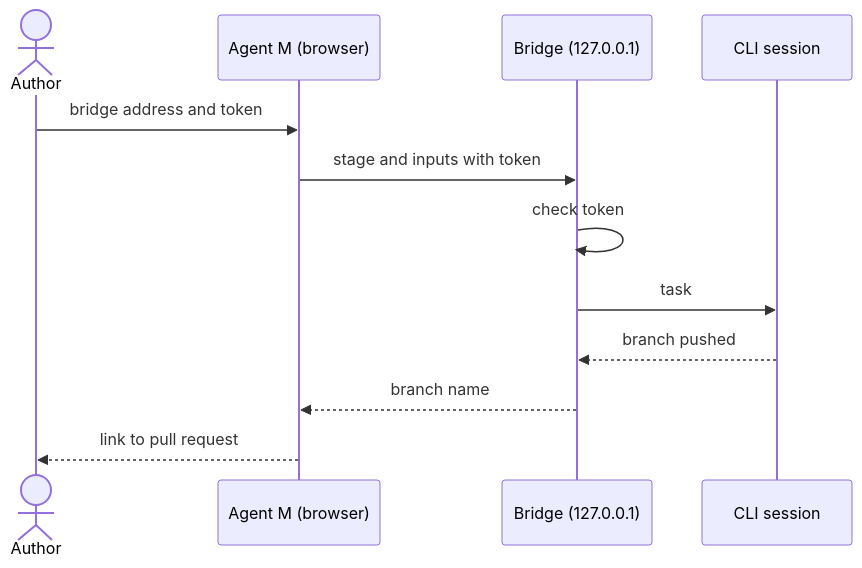
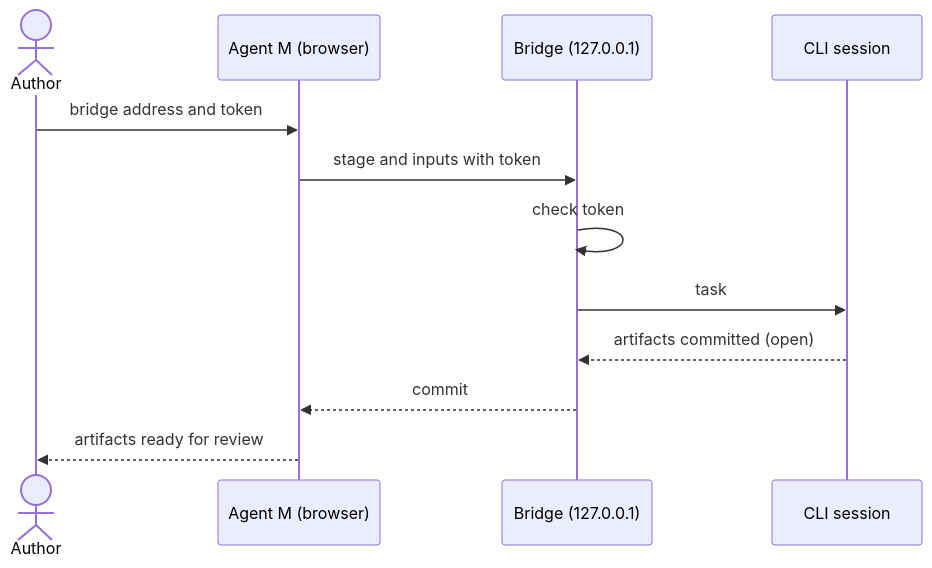
The diagram in docs/use-cases/UC-011-hand-a-stage-to-a-local-cli-session.md (akmaier/agent-m), drawn with Mermaid before and after one commit. The commit also changed other lines of this file and 11 other files, not shown here.

````diff
--- a/docs/use-cases/UC-011-hand-a-stage-to-a-local-cli-session.md
+++ b/docs/use-cases/UC-011-hand-a-stage-to-a-local-cli-session.md
@@ -39,14 +41,14 @@
 ```mermaid
 sequenceDiagram
     actor A as Author
     participant M as Agent M (browser)
     participant B as Bridge (127.0.0.1)
     participant C as CLI session
     A->>M: bridge address and token
     M->>B: stage and inputs with token
     B->>B: check token
     B->>C: task
-    C-->>B: branch pushed
-    B-->>M: branch name
-    M-->>A: link to pull request
+    C-->>B: artifacts committed (open)
+    B-->>M: commit
+    M-->>A: artifacts ready for review
 ```
````
